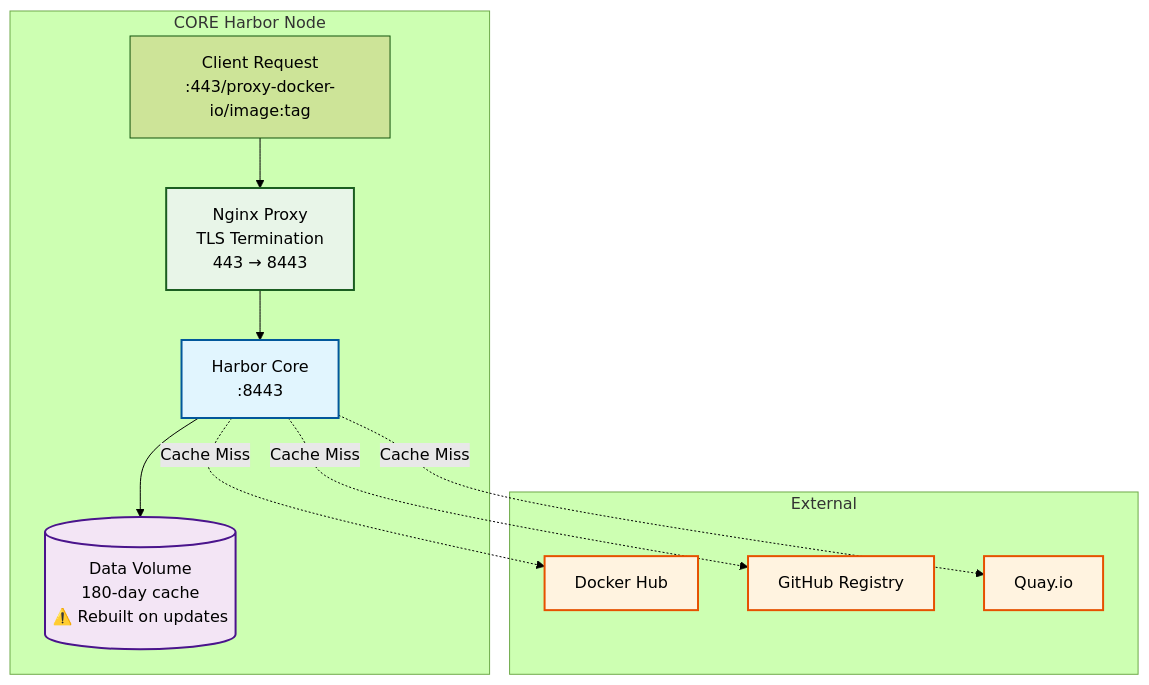
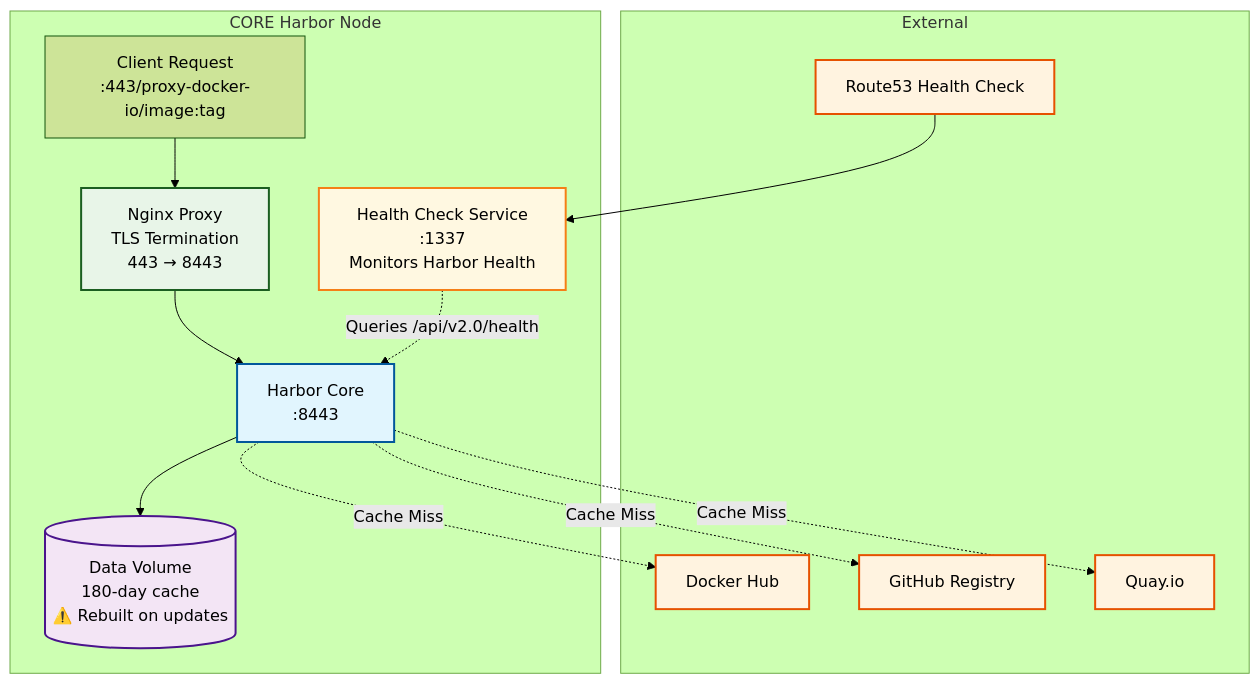
One commit to GlueOps/aio-harbor-registry-cache changed the second of 3 diagrams in README.md. Above: the diagram before and after it, drawn with Mermaid (forest theme). The commit also changed other lines of this file, not shown here.

````diff
--- a/README.md
+++ b/README.md
@@ -54,32 +66,38 @@
 ```mermaid
 graph TB
     subgraph "External"
         DockerHub[Docker Hub]
         GHCR[GitHub Registry]
         Quay[Quay.io]
+        Route53[Route53 Health Check]
     end
     
     subgraph "CORE Harbor Node"
         Client[Client Request<br/>:443/proxy-docker-io/image:tag]
         Nginx[Nginx Proxy<br/>TLS Termination<br/>443 → 8443]
         Harbor[Harbor Core<br/>:8443]
+        HealthCheck[Health Check Service<br/>:1337<br/>Monitors Harbor Health]
         Storage[(Data Volume<br/>180-day cache<br/>⚠️ Rebuilt on updates)]
     end
     
     Client --> Nginx
     Nginx --> Harbor
     Harbor --> Storage
+    Route53 --> HealthCheck
+    HealthCheck -.->|Queries /api/v2.0/health| Harbor
     Harbor -.->|Cache Miss| DockerHub
     Harbor -.->|Cache Miss| GHCR
     Harbor -.->|Cache Miss| Quay
     
     classDef external fill:#fff3e0,stroke:#e65100,stroke-width:2px
     classDef proxy fill:#e8f5e8,stroke:#1b5e20,stroke-width:2px
     classDef harbor fill:#e1f5fe,stroke:#01579b,stroke-width:2px
     classDef storage fill:#f3e5f5,stroke:#4a148c,stroke-width:2px
+    classDef health fill:#fff8e1,stroke:#f57f17,stroke-width:2px
     
-    class DockerHub,GHCR,Quay external
+    class DockerHub,GHCR,Quay,Route53 external
     class Nginx proxy
     class Harbor harbor
     class Storage storage
+    class HealthCheck health
 ```
````
